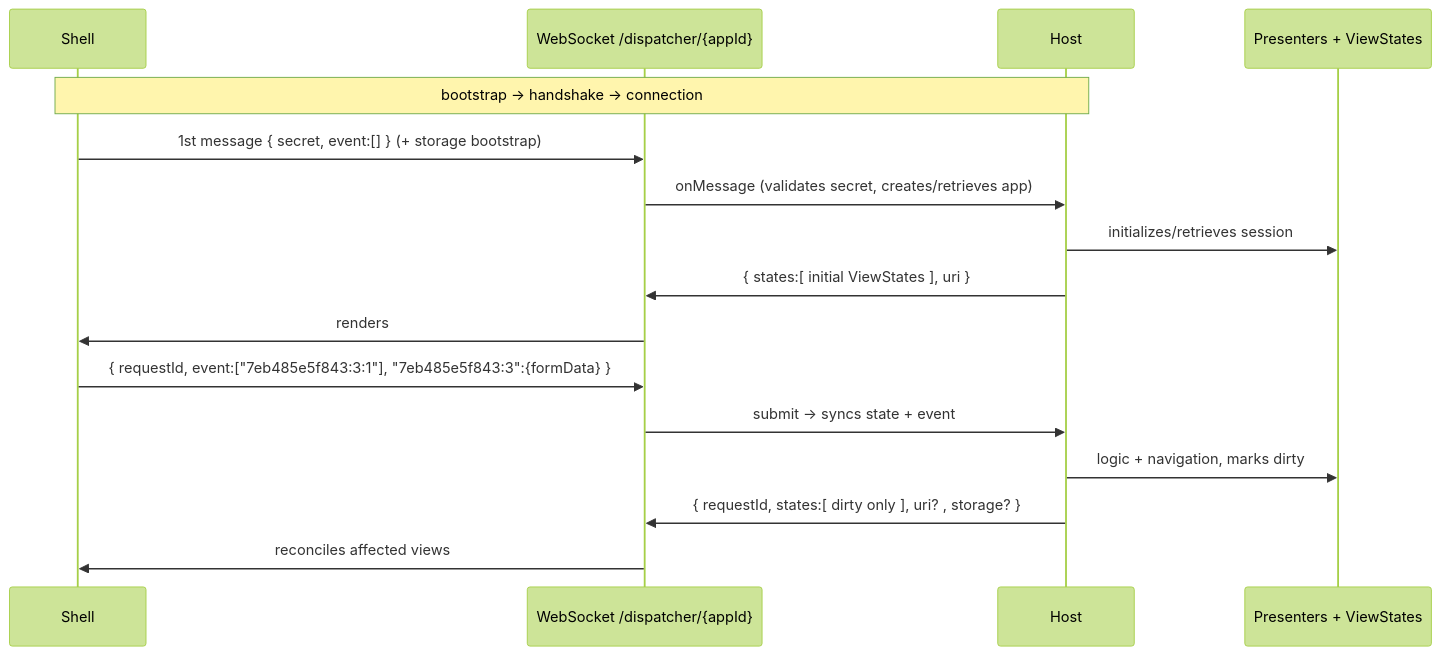
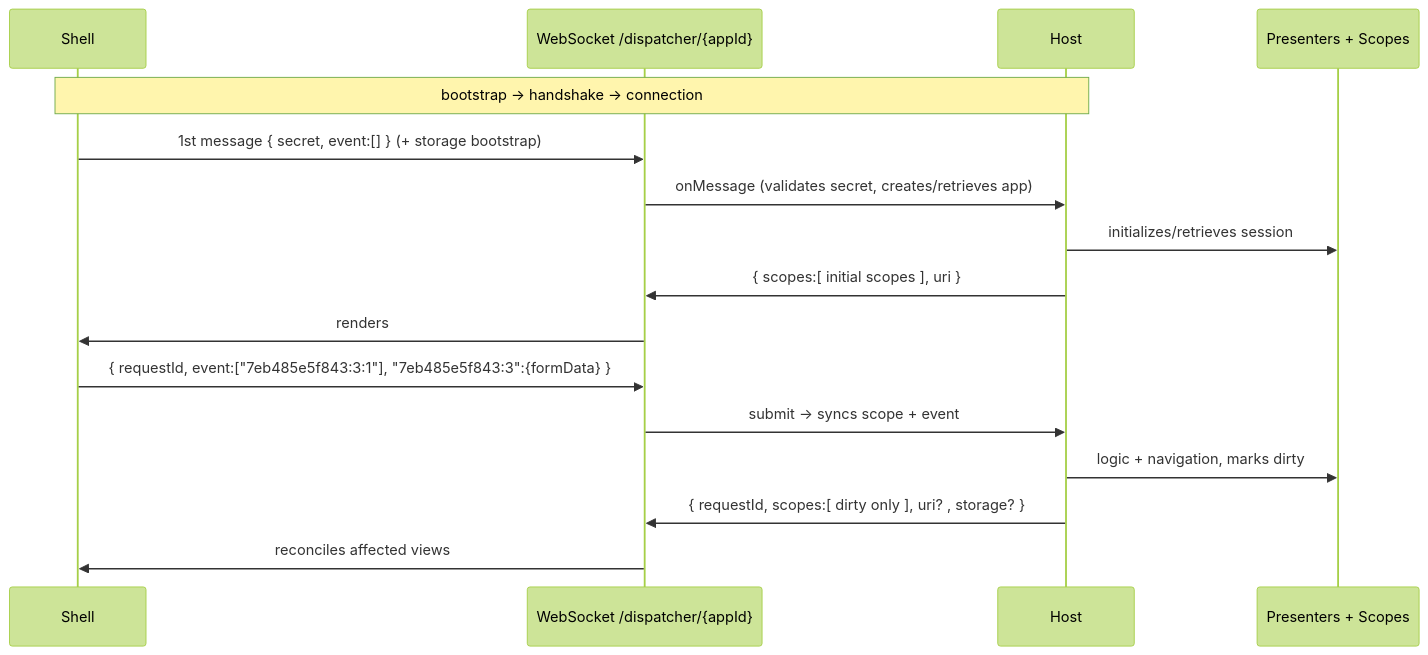
Before and after one commit to mrcdom/wdc-cube-java-v2: the diagram in docs/bridge-skeleton-protocol.md, drawn with Mermaid (forest theme). The commit also changed other lines of this file and 222 other files, not shown here.

First line of the commit message:
♻️ [REFACTOR] ViewState becomes Scope in code, protocol and docs

````diff
--- a/docs/bridge-skeleton-protocol.md
+++ b/docs/bridge-skeleton-protocol.md
@@ -49,20 +49,20 @@
 ```mermaid
 sequenceDiagram
     participant Shell
     participant WS as WebSocket /dispatcher/{appId}
     participant Host
-    participant P as Presenters + ViewStates
+    participant P as Presenters + Scopes
 
     Note over Shell,Host: bootstrap → handshake → connection
     Shell->>WS: 1st message { secret, event:[] }  (+ storage bootstrap)
     WS->>Host: onMessage (validates secret, creates/retrieves app)
     Host->>P: initializes/retrieves session
-    Host->>WS: { states:[ initial ViewStates ], uri }
+    Host->>WS: { scopes:[ initial scopes ], uri }
     WS->>Shell: renders
 
     Shell->>WS: { requestId, event:["7eb485e5f843:3:1"], "7eb485e5f843:3":{formData} }
-    WS->>Host: submit → syncs state + event
+    WS->>Host: submit → syncs scope + event
     Host->>P: logic + navigation, marks dirty
-    Host->>WS: { requestId, states:[ dirty only ], uri? , storage? }
+    Host->>WS: { requestId, scopes:[ dirty only ], uri? , storage? }
     WS->>Shell: reconciles affected views
 ```
````
